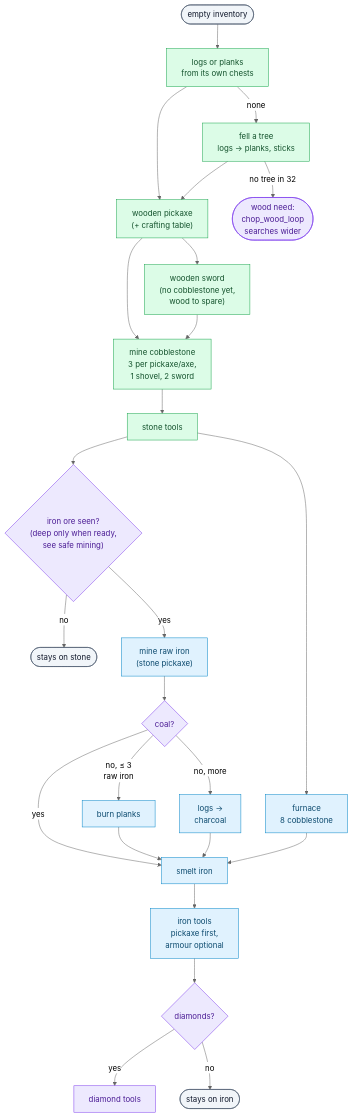
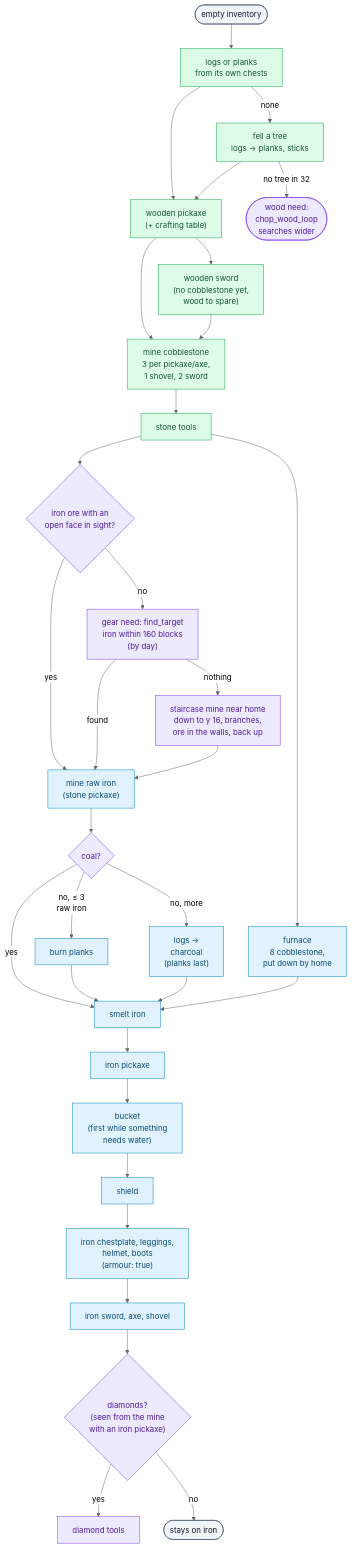
Before and after one commit to thereisnotime/golemkit: the first of 3 diagrams in docs/guide/progression.md, drawn with Mermaid (neutral theme). The commit also changed other lines of this file and 10 other files, not shown here.

Commit message:
docs and openspec: the iron chain, the staircase mine, the gear search

````diff
--- a/docs/guide/progression.md
+++ b/docs/guide/progression.md
@@ -14,35 +14,42 @@
 ```mermaid
 flowchart TD
   START(["empty inventory"]) --> CHEST["logs or planks<br/>from its own chests"]
   CHEST -->|none| LOGS["fell a tree<br/>logs → planks, sticks"]
   CHEST --> WP
   LOGS -->|"no tree in 32"| NEED(["wood need:<br/>chop_wood_loop<br/>searches wider"])
   LOGS --> WP["wooden pickaxe<br/>(+ crafting table)"]
   WP --> SW["wooden sword<br/>(no cobblestone yet,<br/>wood to spare)"]
   WP --> COB
   SW --> COB["mine cobblestone<br/>3 per pickaxe/axe,<br/>1 shovel, 2 sword"]
   COB --> STONE["stone tools"]
-  STONE --> FURN["furnace<br/>8 cobblestone"]
-  STONE --> ORE{"iron ore seen?<br/>(deep only when ready,<br/>see safe mining)"}
-  ORE -->|no| STOPS(["stays on stone"])
+  STONE --> FURN["furnace<br/>8 cobblestone,<br/>put down by home"]
+  STONE --> ORE{"iron ore with an<br/>open face in sight?"}
   ORE -->|yes| RAW["mine raw iron<br/>(stone pickaxe)"]
+  ORE -->|no| SEARCH["gear need: find_target<br/>iron within 160 blocks<br/>(by day)"]
+  SEARCH -->|found| RAW
+  SEARCH -->|nothing| MINE["staircase mine near home<br/>down to y 16, branches,<br/>ore in the walls, back up"]
+  MINE --> RAW
   RAW --> FUEL{"coal?"}
   FUEL -->|yes| SMELT["smelt iron"]
   FUEL -->|"no, ≤ 3<br/>raw iron"| PLANKS["burn planks"] --> SMELT
-  FUEL -->|"no, more"| CHAR["logs →<br/>charcoal"] --> SMELT
+  FUEL -->|"no, more"| CHAR["logs →<br/>charcoal<br/>(planks last)"] --> SMELT
   FURN --> SMELT
-  SMELT --> IRON["iron tools<br/>pickaxe first,<br/>armour optional"]
-  IRON --> DIA{"diamonds?"}
+  SMELT --> PICK["iron pickaxe"]
+  PICK --> BUCKET["bucket<br/>(first while something<br/>needs water)"]
+  BUCKET --> SHIELD["shield"]
+  SHIELD --> ARM["iron chestplate, leggings,<br/>helmet, boots<br/>(armour: true)"]
+  ARM --> TOOLS["iron sword, axe, shovel"]
+  TOOLS --> DIA{"diamonds?<br/>(seen from the mine<br/>with an iron pickaxe)"}
   DIA -->|yes| DT["diamond tools"]
   DIA -->|no| STOPI(["stays on iron"])
 
   classDef cmd fill:#f1f5f9,stroke:#475569,color:#0f172a
   classDef prof fill:#dcfce7,stroke:#16a34a,color:#14532d
   classDef vari fill:#e0f2fe,stroke:#0284c7,color:#0c4a6e
   classDef inst fill:#ede9fe,stroke:#7c3aed,color:#4c1d95
-  class START,STOPS,STOPI cmd
+  class START,STOPI cmd
   class LOGS,WP,COB,STONE,CHEST,SW prof
-  class NEED inst
-  class FURN,RAW,SMELT,PLANKS,CHAR,IRON vari
+  class NEED,SEARCH,MINE inst
+  class FURN,RAW,SMELT,PLANKS,CHAR,PICK,BUCKET,SHIELD,ARM,TOOLS vari
   class ORE,FUEL,DIA,DT inst
 ```
````
